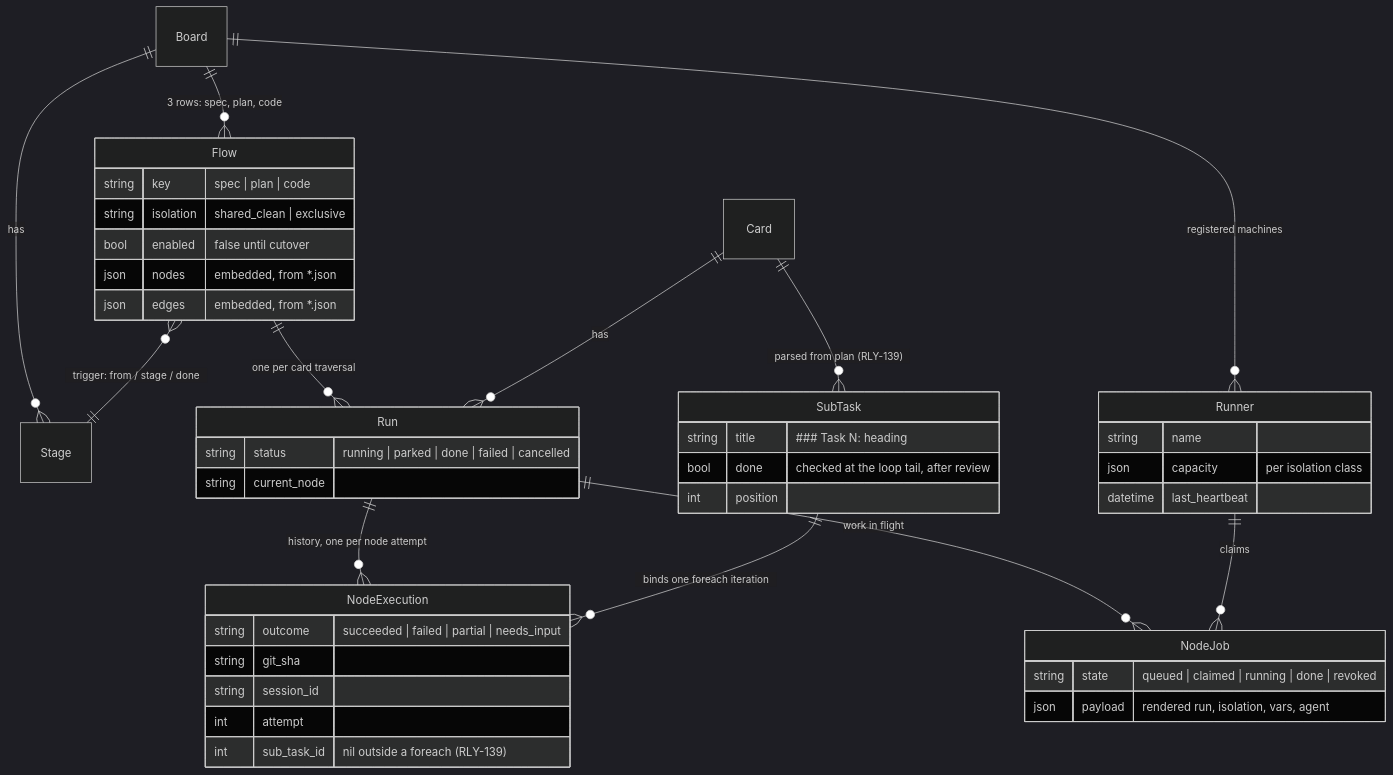
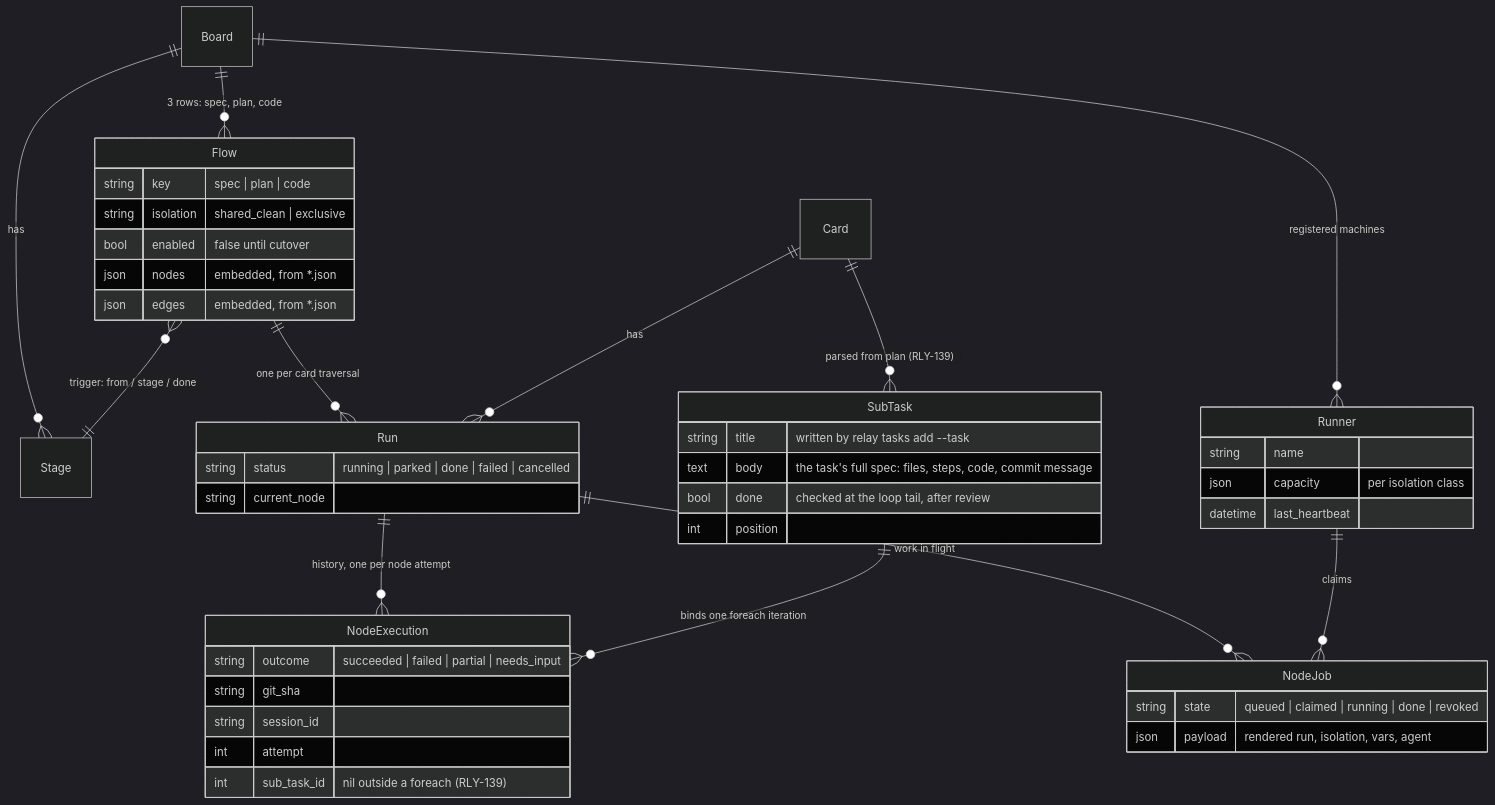
One commit to jeremylightsmith/relay changed the diagram in docs/designs/flows/worked-example.md. Above: the diagram before and after it, drawn with Mermaid (dark theme). The commit also changed other lines of this file and 28 other files, not shown here.

````diff
--- a/docs/designs/flows/worked-example.md
+++ b/docs/designs/flows/worked-example.md
@@ -207,47 +207,48 @@
 ```mermaid
 erDiagram
     Board ||--o{ Stage : has
     Board ||--o{ Flow : "3 rows: spec, plan, code"
     Flow }o--|| Stage : "trigger: from / stage / done"
     Flow ||--o{ Run : "one per card traversal"
     Card ||--o{ Run : has
     Card ||--o{ SubTask : "parsed from plan (RLY-139)"
     Run ||--o{ NodeExecution : "history, one per node attempt"
     Run ||--o{ NodeJob : "work in flight"
     SubTask ||--o{ NodeExecution : "binds one foreach iteration"
     Runner ||--o{ NodeJob : claims
     Board ||--o{ Runner : "registered machines"
 
     Flow {
         string key "spec | plan | code"
         string isolation "shared_clean | exclusive"
         bool enabled "false until cutover"
         json nodes "embedded, from *.json"
         json edges "embedded, from *.json"
     }
     Run {
         string status "running | parked | done | failed | cancelled"
         string current_node
     }
     SubTask {
-        string title "### Task N: <name> heading"
+        string title "written by relay tasks add --task"
+        text body "the task's full spec: files, steps, code, commit message"
         bool done "checked at the loop tail, after review"
         int position
     }
     NodeExecution {
         string outcome "succeeded | failed | partial | needs_input"
         string git_sha
         string session_id
         int attempt
         int sub_task_id "nil outside a foreach (RLY-139)"
     }
     NodeJob {
         string state "queued | claimed | running | done | revoked"
         json payload "rendered run, isolation, vars, agent"
     }
     Runner {
         string name
         json capacity "per isolation class"
         datetime last_heartbeat
     }
 ```
````
